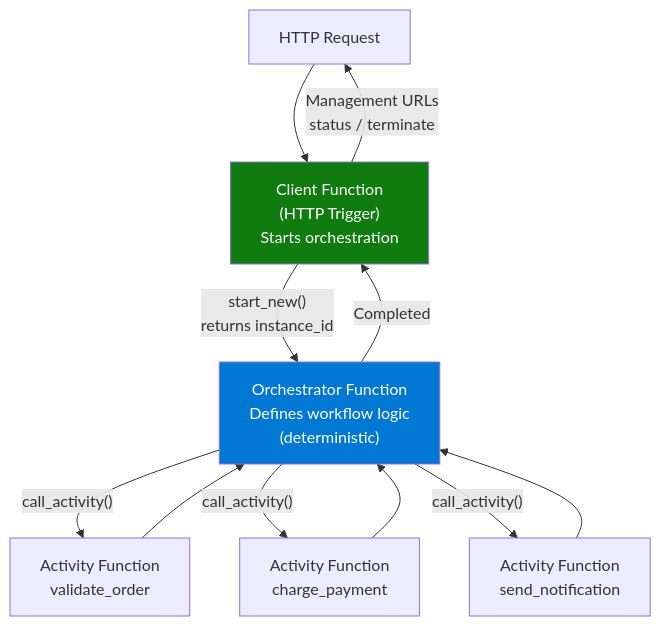
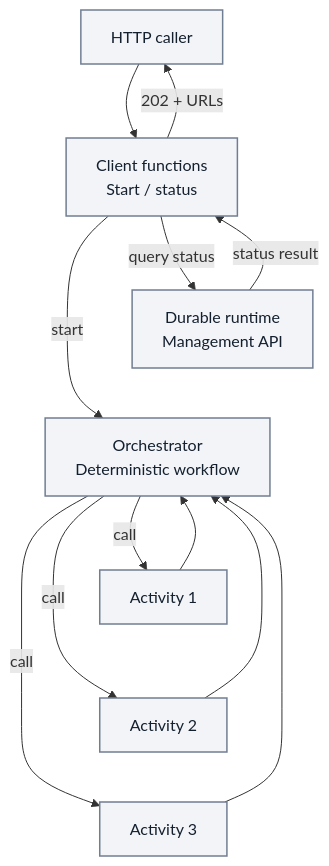
The first of 4 diagrams in docs/language-guides/python/recipes/durable-orchestration.md (yeongseon/azure-functions-practical-guide), drawn with Mermaid before and after one commit. The commit also changed other lines of this file and 4 other files, not shown here.

First line of the commit message:
docs(diagrams): migrate Functions Durable Functions — durable orchestration and durable advanced and related pages (#424)

````diff
--- a/docs/language-guides/python/recipes/durable-orchestration.md
+++ b/docs/language-guides/python/recipes/durable-orchestration.md
@@ -60,16 +69,22 @@
 ```mermaid
 flowchart TD
-    HTTP["HTTP Request"] --> CL["Client Function\n(HTTP Trigger)\nStarts orchestration"]
-    CL -->|"start_new()\nreturns instance_id"| ORC["Orchestrator Function\nDefines workflow logic\n(deterministic)"]
-    ORC -->|"call_activity()"| A1["Activity Function\nvalidate_order"]
-    ORC -->|"call_activity()"| A2["Activity Function\ncharge_payment"]
-    ORC -->|"call_activity()"| A3["Activity Function\nsend_notification"]
+    accTitle: Durable workflow roles and runtime-owned status queries
+    accDescr: Client functions start a deterministic orchestrator and return HTTP 202 with management URLs without waiting for completion. The orchestrator calls activities and receives results. Status queries use the Durable runtime management API to read persisted orchestration metadata without invoking orchestrator code.
+    HTTP["HTTP caller"] --> CL["Client functions<br/>Start / status"]
+    CL -->|"start"| ORC["Orchestrator<br/>Deterministic workflow"]
+    ORC -->|"call"| A1["Activity 1"]
+    ORC -->|"call"| A2["Activity 2"]
+    ORC -->|"call"| A3["Activity 3"]
     A1 --> ORC
     A2 --> ORC
     A3 --> ORC
-    ORC -->|"Completed"| CL
-    CL -->|"Management URLs\nstatus / terminate"| HTTP
-
-    style ORC fill:#0078d4,color:#fff
-    style CL fill:#107c10,color:#fff
+    RT["Durable runtime<br/>Management API"] -->|"status result"| CL
+    CL -->|"202 + URLs"| HTTP
+    CL -->|"query status"| RT
+    %% Layout-only tiers; add no activity calls or execution-order arrows.
+    RT ~~~ ORC
+    A1 ~~~ A2
+    A2 ~~~ A3
+    classDef neutral fill:#f2f4f8,stroke:#707e93,stroke-width:1.5px,color:#14202e;
+    class HTTP,CL,ORC,A1,A2,A3,RT neutral;
 ```
````
